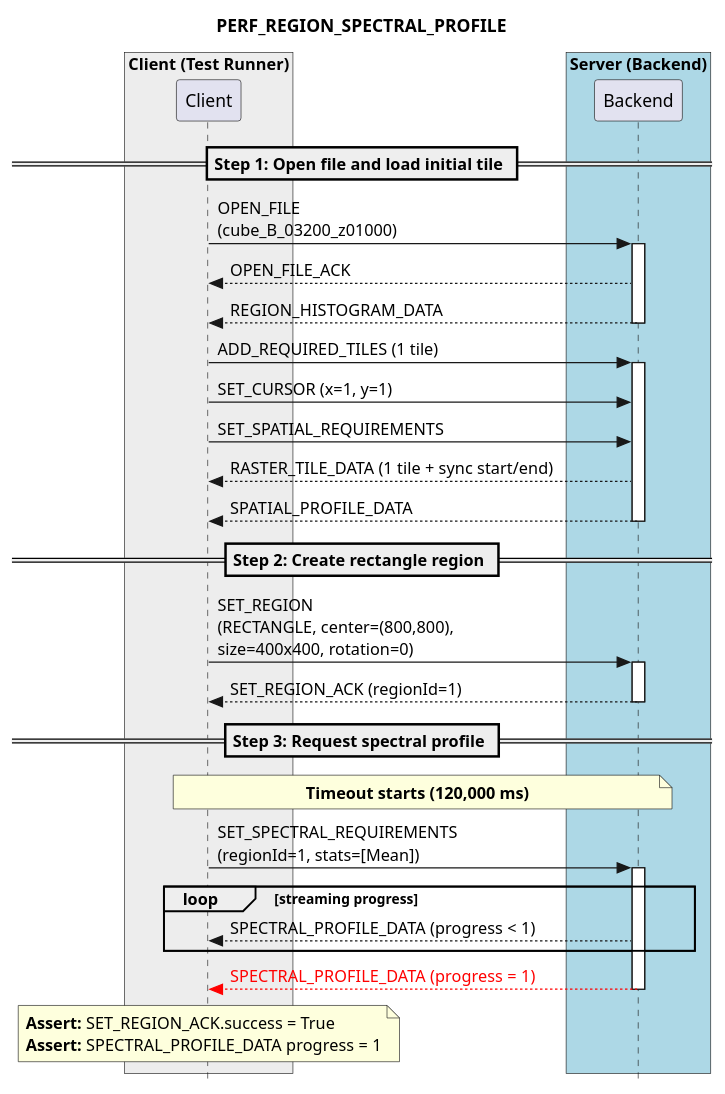
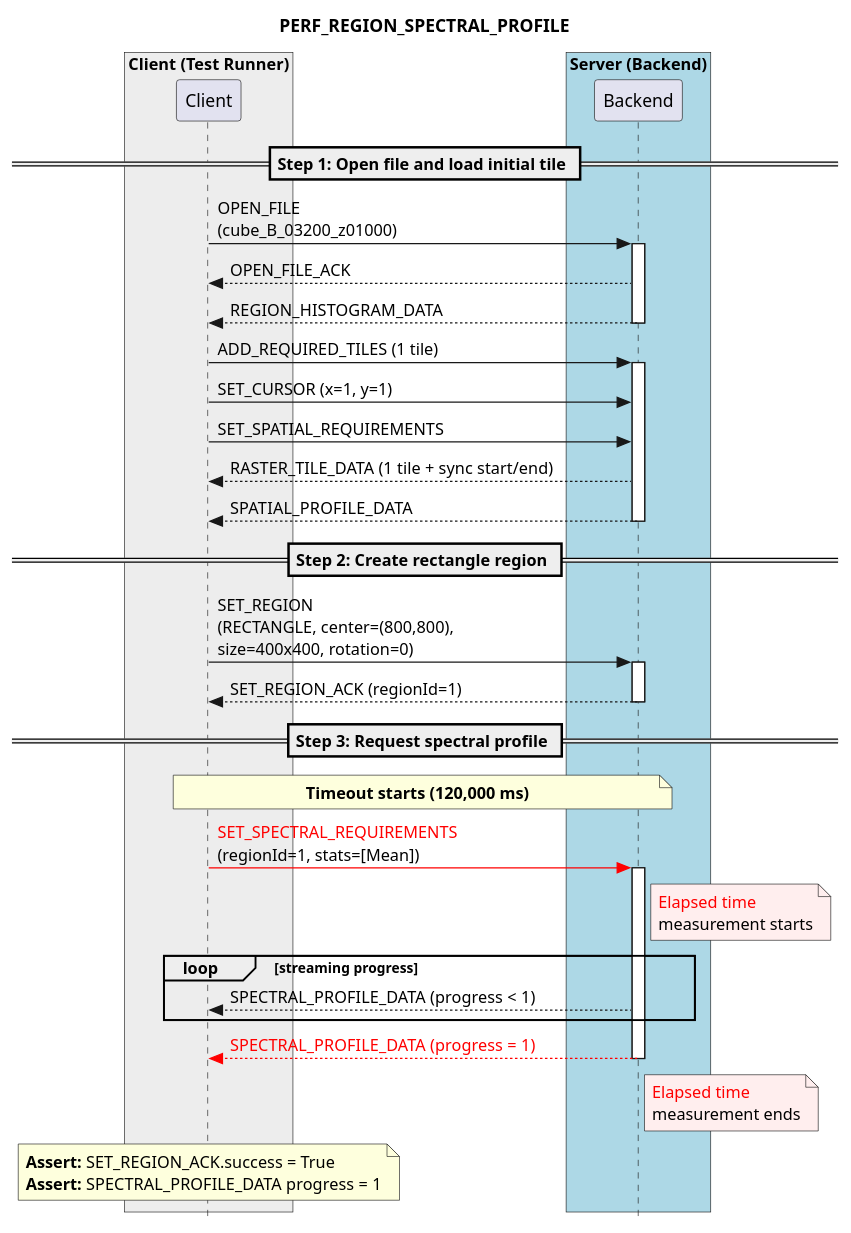
The ninth of 9 diagrams in docs/source/performance.rst (CARTAvis/ICD-RxJS), drawn with PlantUML before and after one commit. The commit also changed other lines of this file, not shown here.

Commit message:
Add elapsed time measurement markers to PERF_REGION_SPECTRAL_PROFILE diagram

```diff
--- a/docs/source/performance.rst
+++ b/docs/source/performance.rst
@@ -872,55 +873,66 @@
 .. uml::
 
     skinparam style strictuml
     hide footbox
     title PERF_REGION_SPECTRAL_PROFILE
 
     box "Client (Test Runner)" #EDEDED
         participant Client
     end box
 
     box "Server (Backend)" #lightblue
         participant Backend
     end box
 
     == Step 1: Open file and load initial tile ==
 
     Client -> Backend : OPEN_FILE\n(cube_B_03200_z01000)
     activate Backend
     Client <-- Backend : OPEN_FILE_ACK
     Client <-- Backend : REGION_HISTOGRAM_DATA
     deactivate Backend
 
     Client -> Backend : ADD_REQUIRED_TILES (1 tile)
     activate Backend
     Client -> Backend : SET_CURSOR (x=1, y=1)
     Client -> Backend : SET_SPATIAL_REQUIREMENTS
     Client <-- Backend : RASTER_TILE_DATA (1 tile + sync start/end)
     Client <-- Backend : SPATIAL_PROFILE_DATA
     deactivate Backend
 
     == Step 2: Create rectangle region ==
 
     Client -> Backend : SET_REGION\n(RECTANGLE, center=(800,800),\nsize=400x400, rotation=0)
     activate Backend
     Client <-- Backend : SET_REGION_ACK (regionId=1)
     deactivate Backend
 
     == Step 3: Request spectral profile ==
 
     note over Client, Backend
         **Timeout starts (120,000 ms)**
     end note
 
-    Client -> Backend : SET_SPECTRAL_REQUIREMENTS\n(regionId=1, stats=[Mean])
+    Client -[#red]> Backend : <font color="red">SET_SPECTRAL_REQUIREMENTS</font>\n(regionId=1, stats=[Mean])
     activate Backend
+
+    note right of Backend #FFEEEE
+        <font color="red">Elapsed time
+        measurement starts
+    end note
+
     loop streaming progress
         Client <-- Backend : SPECTRAL_PROFILE_DATA (progress < 1)
     end
     Client <--[#red] Backend : <font color="red">SPECTRAL_PROFILE_DATA (progress = 1)</font>
     deactivate Backend
 
+    note right of Backend #FFEEEE
+        <font color="red">Elapsed time
+        measurement ends
+    end note
+
     note over Client
         **Assert:** SET_REGION_ACK.success = True
         **Assert:** SPECTRAL_PROFILE_DATA progress = 1
     end note
```
